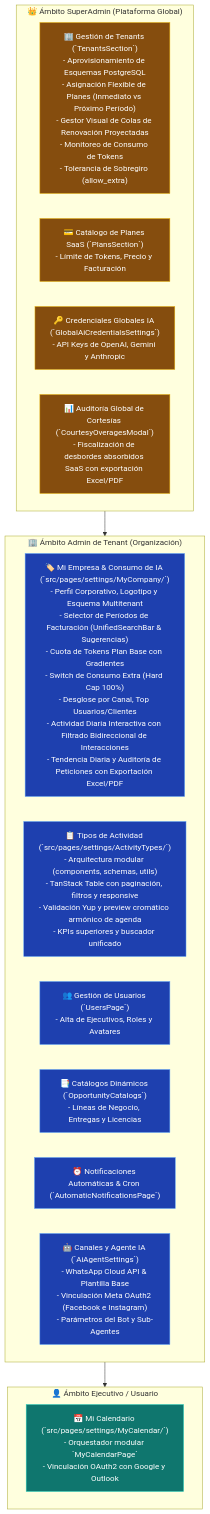
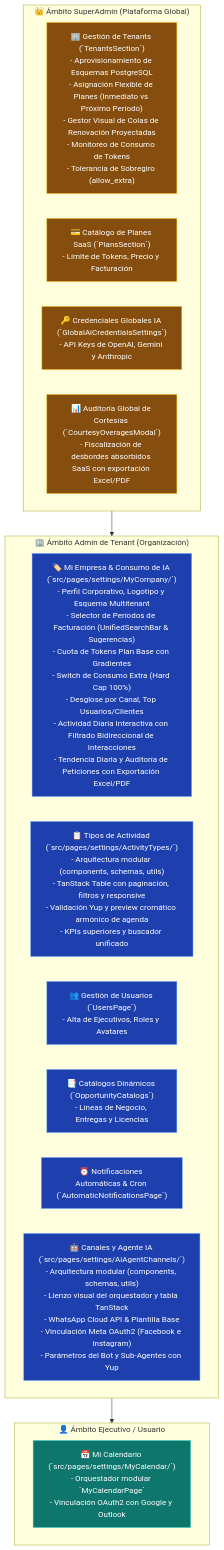
Before and after one commit to DesarrolloTibs/crm-tibs-app: the diagram in Proyectos/CRM TIBS - Centro de Configuracion, Tenants & Roles.md, drawn with Mermaid. The commit also changed other lines of this file and 23 other files, not shown here.

Commit message:
[add] refactor AI Agents & Channels - Settings

````diff
--- a/Proyectos/CRM TIBS - Centro de Configuracion, Tenants & Roles.md
+++ b/Proyectos/CRM TIBS - Centro de Configuracion, Tenants & Roles.md
@@ -26,33 +26,33 @@
 ```mermaid
 graph TD
     subgraph AmbitoSuperAdmin ["👑 Ámbito SuperAdmin (Plataforma Global)"]
         Tenants["🏢 Gestión de Tenants (`TenantsSection`)<br/>- Aprovisionamiento de Esquemas PostgreSQL<br/>- Asignación Flexible de Planes (Inmediato vs Próximo Período)<br/>- Gestor Visual de Colas de Renovación Proyectadas<br/>- Monitoreo de Consumo de Tokens<br/>- Tolerancia de Sobregiro (allow_extra)"]
         Plans["💳 Catálogo de Planes SaaS (`PlansSection`)<br/>- Límite de Tokens, Precio y Facturación"]
         AICreds["🔑 Credenciales Globales IA (`GlobalAiCredentialsSettings`)<br/>- API Keys de OpenAI, Gemini y Anthropic"]
         GlobalAudit["📊 Auditoría Global de Cortesías (`CourtesyOveragesModal`)<br/>- Fiscalización de desbordes absorbidos SaaS con exportación Excel/PDF"]
     end
 
     subgraph AmbitoAdmin ["🏢 Ámbito Admin de Tenant (Organización)"]
         Company["🏷️ Mi Empresa & Consumo de IA (`src/pages/settings/MyCompany/`)<br/>- Perfil Corporativo, Logotipo y Esquema Multitenant<br/>- Selector de Períodos de Facturación (UnifiedSearchBar & Sugerencias)<br/>- Cuota de Tokens Plan Base con Gradientes<br/>- Switch de Consumo Extra (Hard Cap 100%)<br/>- Desglose por Canal, Top Usuarios/Clientes<br/>- Actividad Diaria Interactiva con Filtrado Bidireccional de Interacciones<br/>- Tendencia Diaria y Auditoría de Peticiones con Exportación Excel/PDF"]
         ActivityTypes["📋 Tipos de Actividad (`src/pages/settings/ActivityTypes/`)<br/>- Arquitectura modular (components, schemas, utils)<br/>- TanStack Table con paginación, filtros y responsive<br/>- Validación Yup y preview cromático armónico de agenda<br/>- KPIs superiores y buscador unificado"]
         Users["👥 Gestión de Usuarios (`UsersPage`)<br/>- Alta de Ejecutivos, Roles y Avatares"]
         Catalogs["📑 Catálogos Dinámicos (`OpportunityCatalogs`)<br/>- Líneas de Negocio, Entregas y Licencias"]
         CronSLA["⏰ Notificaciones Automáticas & Cron (`AutomaticNotificationsPage`)"]
-        BotConfig["🤖 Canales y Agente IA (`AiAgentSettings`)<br/>- WhatsApp Cloud API & Plantilla Base<br/>- Vinculación Meta OAuth2 (Facebook e Instagram)<br/>- Parámetros del Bot y Sub-Agentes"]
+        BotConfig["🤖 Canales y Agente IA (`src/pages/settings/AiAgentChannels/`)<br/>- Arquitectura modular (components, schemas, utils)<br/>- Lienzo visual del orquestador y tabla TanStack<br/>- WhatsApp Cloud API & Plantilla Base<br/>- Vinculación Meta OAuth2 (Facebook e Instagram)<br/>- Parámetros del Bot y Sub-Agentes con Yup"]
     end
 
     subgraph AmbitoPersonal ["👤 Ámbito Ejecutivo / Usuario"]
         MyCal["📅 Mi Calendario (`src/pages/settings/MyCalendar/`)<br/>- Orquestador modular `MyCalendarPage`<br/>- Vinculación OAuth2 con Google y Outlook"]
     end
 
     AmbitoSuperAdmin --> AmbitoAdmin
     AmbitoAdmin --> AmbitoPersonal
 
     classDef sa fill:#854d0e,stroke:#eab308,color:#fff;
     classDef adm fill:#1e40af,stroke:#60a5fa,color:#fff;
     classDef usr fill:#0f766e,stroke:#2dd4bf,color:#fff;
 
     class Tenants,Plans,AICreds,GlobalAudit sa;
     class Company,Users,Catalogs,CronSLA,BotConfig,ActivityTypes adm;
     class MyCal usr;
 ```
````
